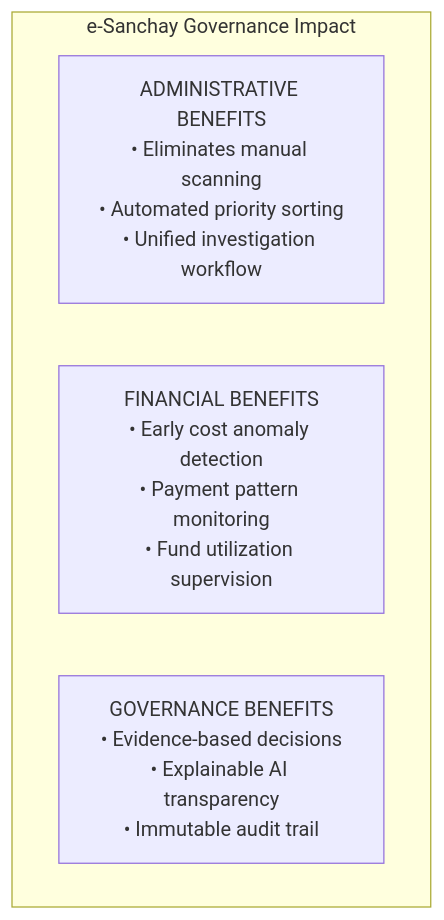
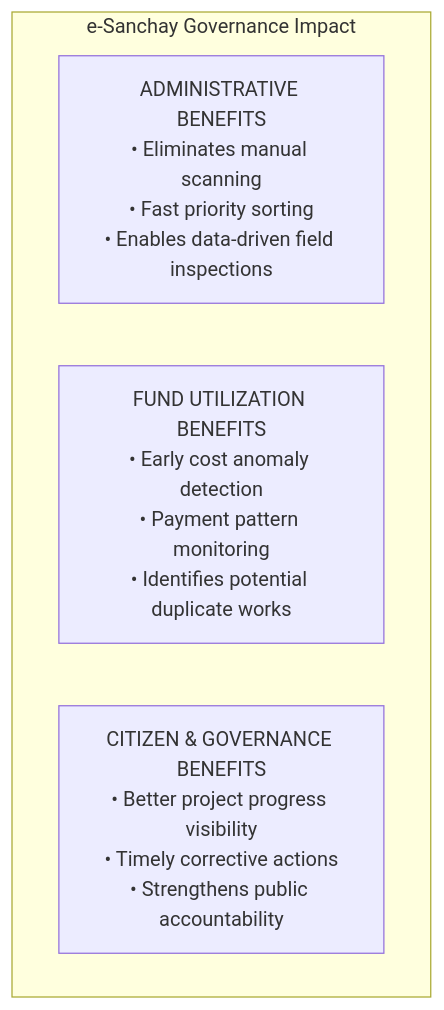
The ninth of 10 diagrams in README.md (prince7z/MPLads), drawn with Mermaid before and after one commit. The commit also changed other lines of this file, not shown here.

First line of the commit message:
Enhance README with project info and system capabilities

````diff
--- a/README.md
+++ b/README.md
@@ -300,8 +231,8 @@
 ```mermaid
 flowchart TD
     subgraph Benefits ["e-Sanchay Governance Impact"]
-        B1["ADMINISTRATIVE BENEFITS<br/>• Eliminates manual scanning<br/>• Automated priority sorting<br/>• Unified investigation workflow"]
-        B2["FINANCIAL BENEFITS<br/>• Early cost anomaly detection<br/>• Payment pattern monitoring<br/>• Fund utilization supervision"]
-        B3["GOVERNANCE BENEFITS<br/>• Evidence-based decisions<br/>• Explainable AI transparency<br/>• Immutable audit trail"]
+        B1["ADMINISTRATIVE BENEFITS<br/>• Eliminates manual scanning<br/>• Fast priority sorting<br/>• Enables data-driven field inspections"]
+        B2["FUND UTILIZATION BENEFITS<br/>• Early cost anomaly detection<br/>• Payment pattern monitoring<br/>• Identifies potential duplicate works"]
+        B3["CITIZEN & GOVERNANCE BENEFITS<br/>• Better project progress visibility<br/>• Timely corrective actions<br/>• Strengthens public accountability"]
     end
 ```
````
